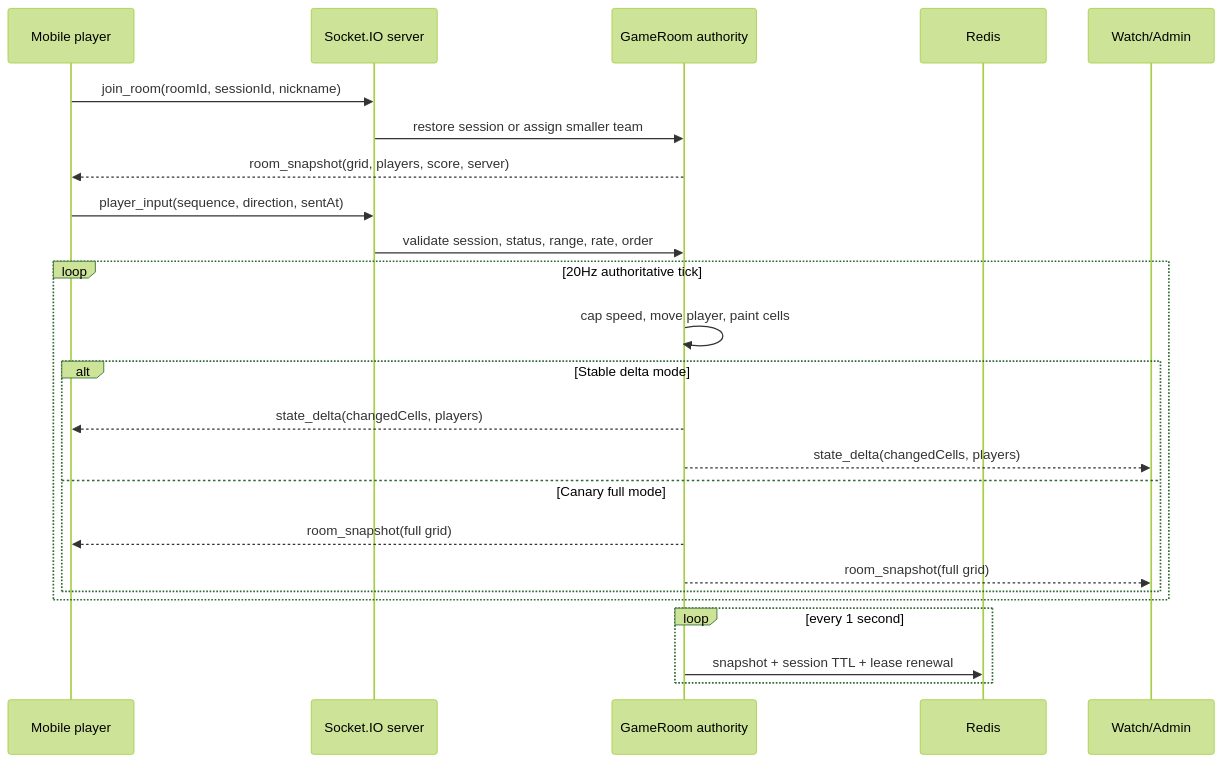
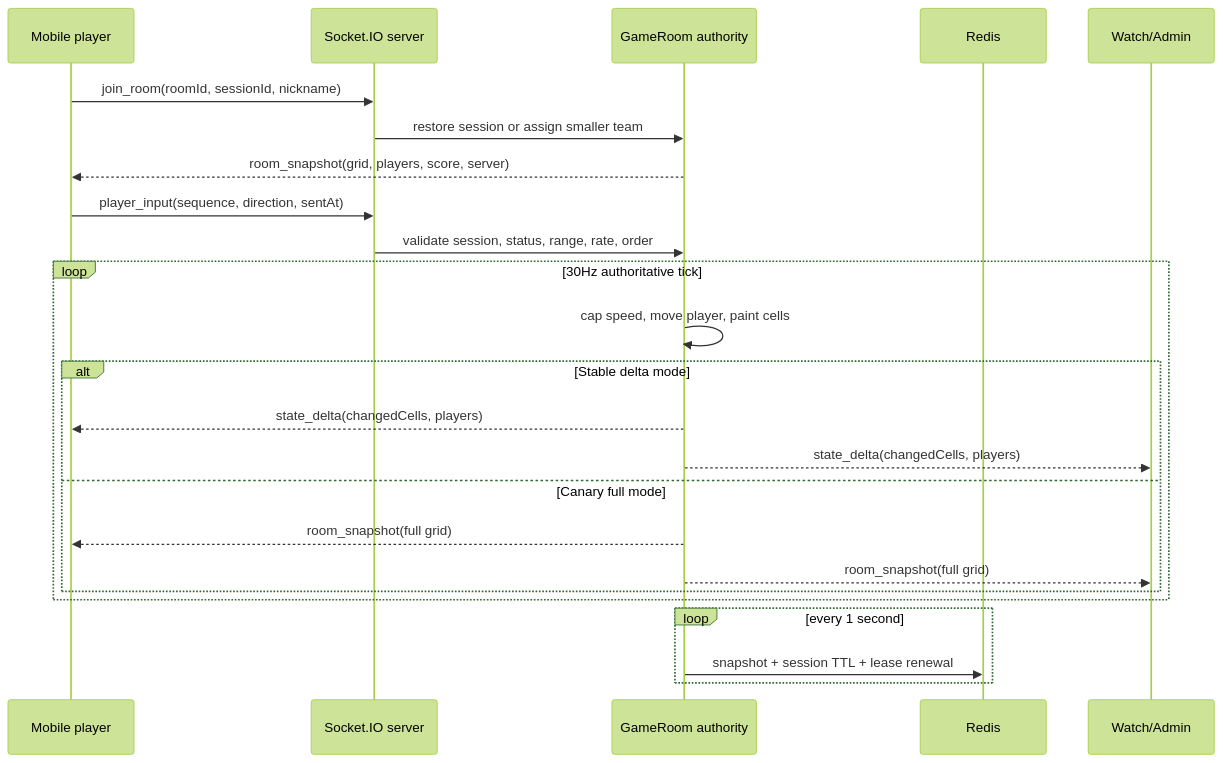
Before and after one commit to Jungle-303-04/COLOR-TURF-ARENA: the second of 3 diagrams in docs/architecture.md, drawn with Mermaid (forest theme). The commit also changed other lines of this file and 12 other files, not shown here.

Commit message:
Raise authoritative game tick to 30Hz

````diff
--- a/docs/architecture.md
+++ b/docs/architecture.md
@@ -55,27 +55,27 @@
 ```mermaid
 sequenceDiagram
     participant P as Mobile player
     participant S as Socket.IO server
     participant G as GameRoom authority
     participant R as Redis
     participant V as Watch/Admin
 
     P->>S: join_room(roomId, sessionId, nickname)
     S->>G: restore session or assign smaller team
     G-->>P: room_snapshot(grid, players, score, server)
     P->>S: player_input(sequence, direction, sentAt)
     S->>G: validate session, status, range, rate, order
-    loop 20Hz authoritative tick
+    loop 30Hz authoritative tick
         G->>G: cap speed, move player, paint cells
         alt Stable delta mode
             G-->>P: state_delta(changedCells, players)
             G-->>V: state_delta(changedCells, players)
         else Canary full mode
             G-->>P: room_snapshot(full grid)
             G-->>V: room_snapshot(full grid)
         end
     end
     loop every 1 second
         G->>R: snapshot + session TTL + lease renewal
     end
 ```
````
